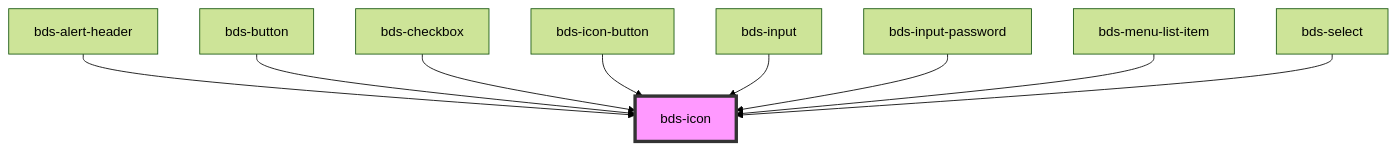
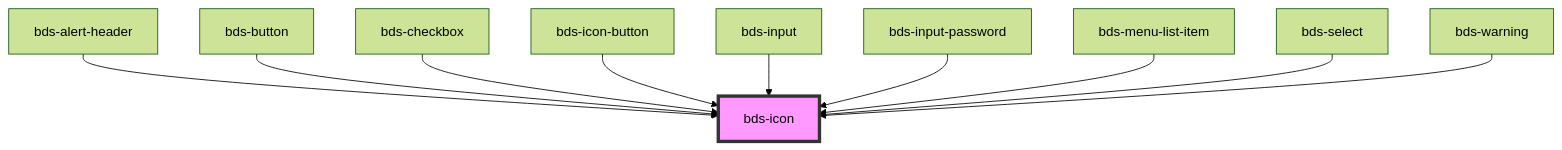
The diagram in src/components/icon/readme.md (takenet/blip-ds), drawn with Mermaid (forest theme) before and after one commit. The commit also changed other lines of this file and 7 other files, not shown here.

````diff
--- a/src/components/icon/readme.md
+++ b/src/components/icon/readme.md
@@ -37,12 +38,13 @@
 ```mermaid
 graph TD;
   bds-alert-header --> bds-icon
   bds-button --> bds-icon
   bds-checkbox --> bds-icon
   bds-icon-button --> bds-icon
   bds-input --> bds-icon
   bds-input-password --> bds-icon
   bds-menu-list-item --> bds-icon
   bds-select --> bds-icon
+  bds-warning --> bds-icon
   style bds-icon fill:#f9f,stroke:#333,stroke-width:4px
 ```
````
